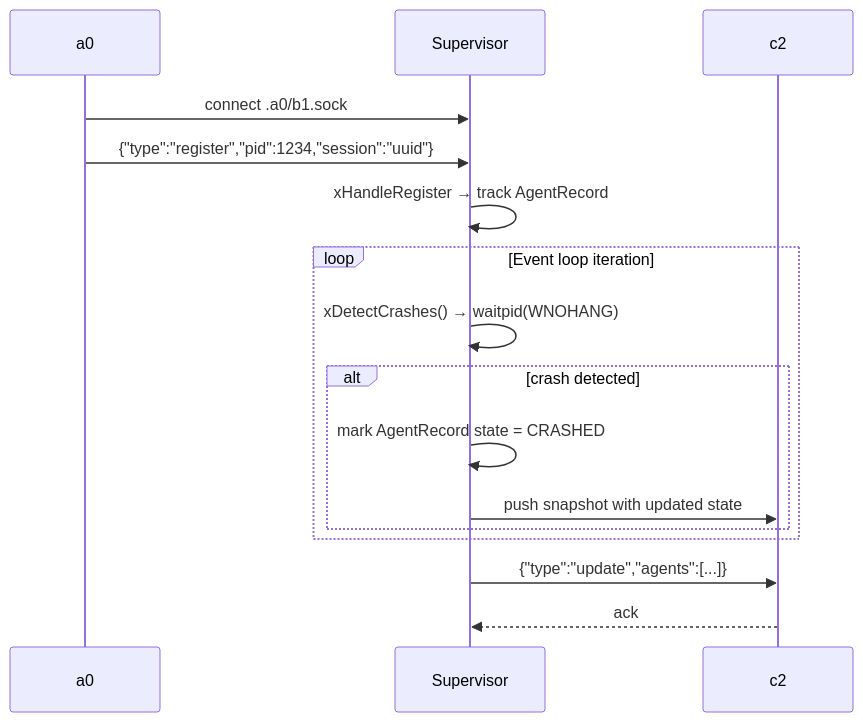
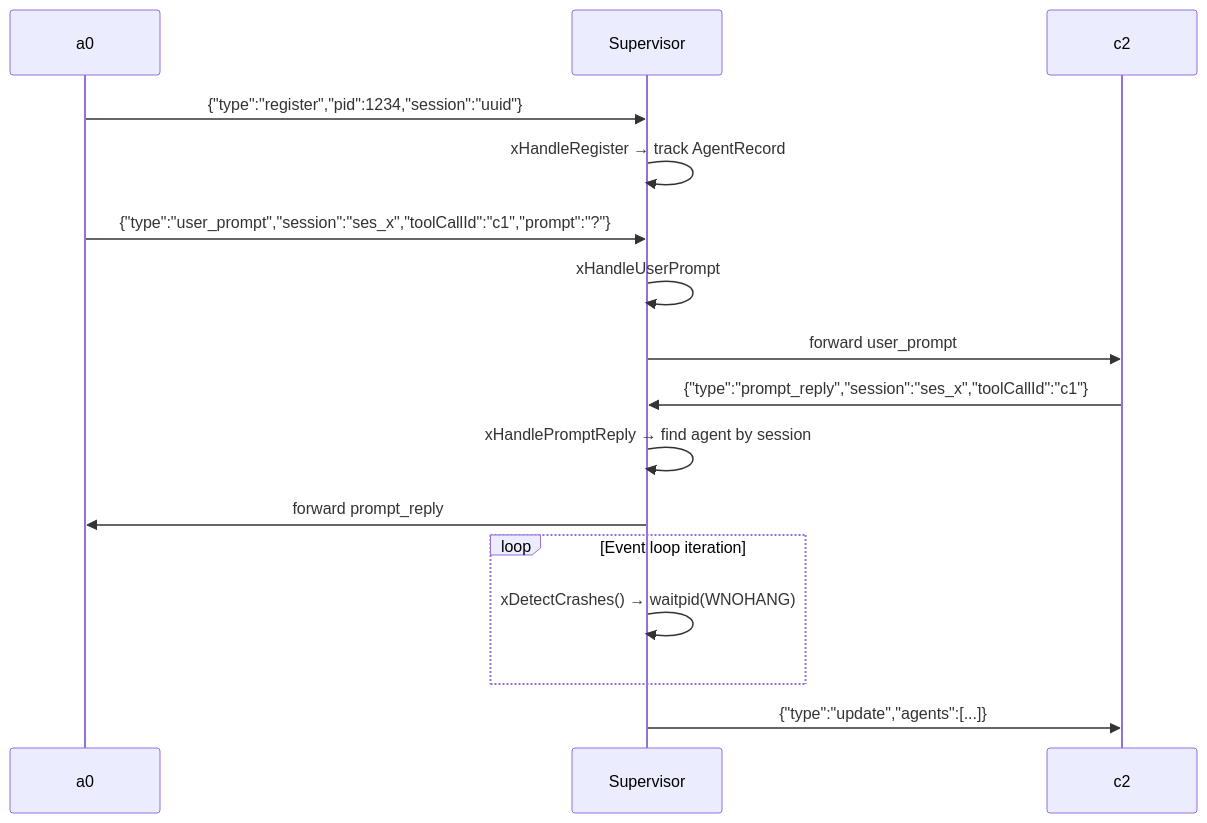
The second of 2 diagrams in src/b1/supervisor.spec.md (opensassi/a0), drawn with Mermaid before and after one commit. The commit also changed other lines of this file and 71 other files, not shown here.

````diff
--- a/src/b1/supervisor.spec.md
+++ b/src/b1/supervisor.spec.md
@@ -76,21 +99,23 @@
 ```mermaid
 sequenceDiagram
     participant A0 as a0
     participant Sup as Supervisor
     participant C2 as c2
 
-    A0->>Sup: connect .a0/b1.sock
     A0->>Sup: {"type":"register","pid":1234,"session":"uuid"}
     Sup->>Sup: xHandleRegister → track AgentRecord
 
+    A0->>Sup: {"type":"user_prompt","session":"ses_x","toolCallId":"c1","prompt":"?"}
+    Sup->>Sup: xHandleUserPrompt
+    Sup->>C2: forward user_prompt
+
+    C2->>Sup: {"type":"prompt_reply","session":"ses_x","toolCallId":"c1"}
+    Sup->>Sup: xHandlePromptReply → find agent by session
+    Sup->>A0: forward prompt_reply
+
     loop Event loop iteration
         Sup->>Sup: xDetectCrashes() → waitpid(WNOHANG)
-        alt crash detected
-            Sup->>Sup: mark AgentRecord state = CRASHED
-            Sup->>C2: push snapshot with updated state
-        end
     end
 
     Sup->>C2: {"type":"update","agents":[...]}
-    C2-->>Sup: ack
 ```
````
